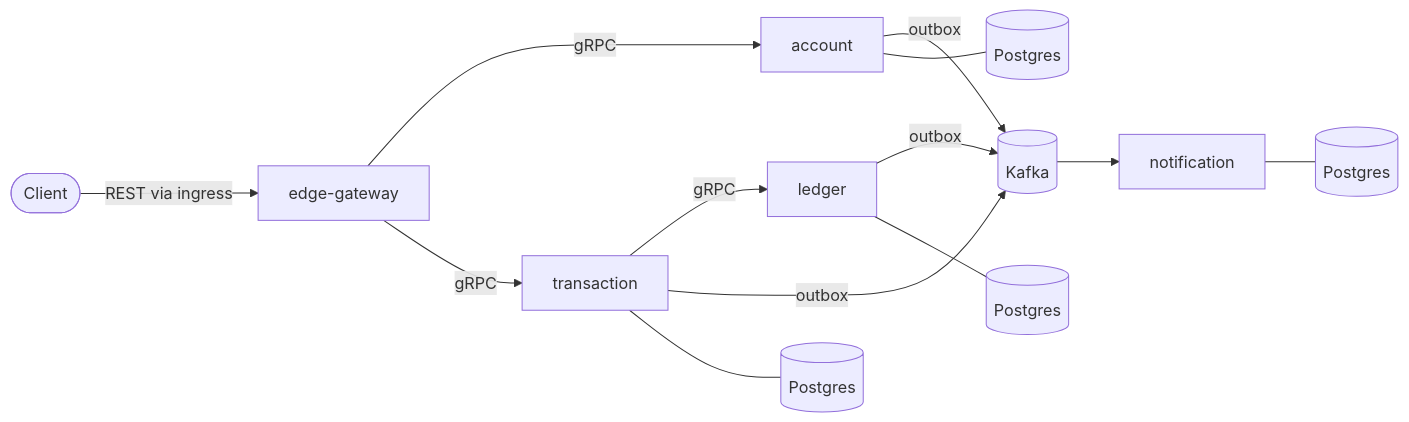
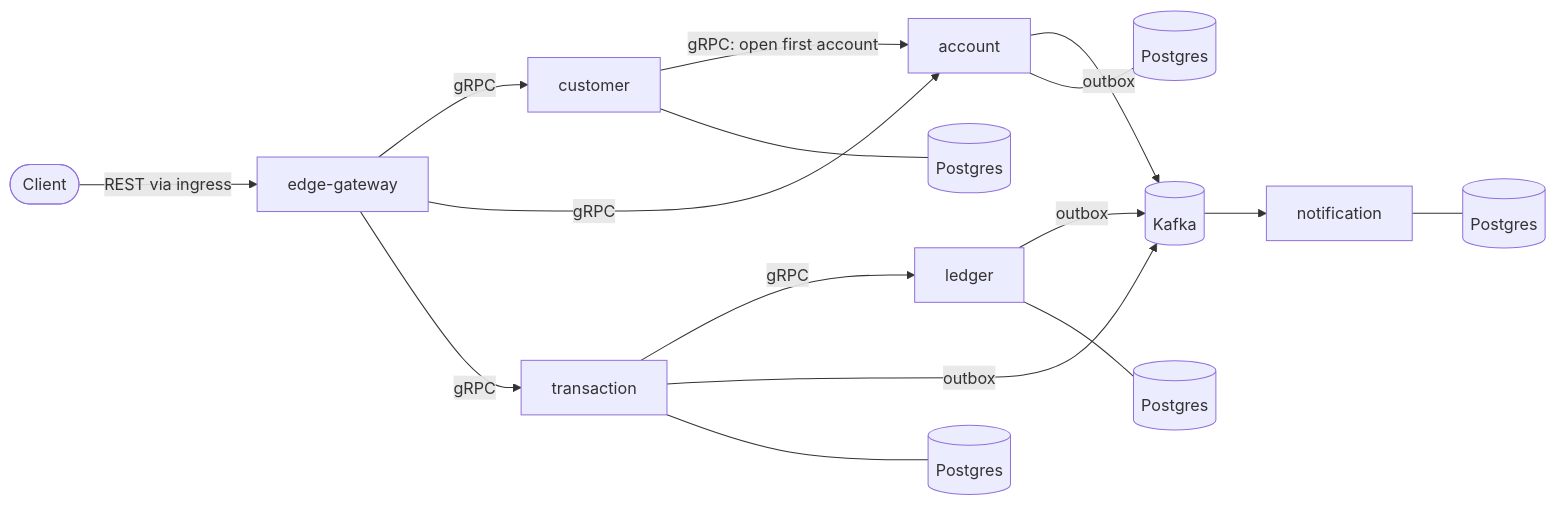
Before and after one commit to tinypell3ts/tiny-bank: the first of 2 diagrams in docs/architecture.md, drawn with Mermaid. The commit also changed other lines of this file and 6 other files, not shown here.

Commit message:
feat(deploy): run the account service on the cluster with its own Postgres

````diff
--- a/docs/architecture.md
+++ b/docs/architecture.md
@@ -7,13 +7,16 @@
 ```mermaid
 flowchart LR
     client([Client]) -->|REST via ingress| gw[edge-gateway]
+    gw -->|gRPC| customer
+    customer -->|gRPC: open first account| account
     gw -->|gRPC| account
     gw -->|gRPC| txn[transaction]
     txn -->|gRPC| ledger
     account & ledger & txn -->|outbox| kafka[(Kafka)]
     kafka --> notif[notification]
+    customer --- cdb[(Postgres)]
     account --- adb[(Postgres)]
     ledger --- ldb[(Postgres)]
     txn --- tdb[(Postgres)]
     notif --- ndb[(Postgres)]
 ```
````
